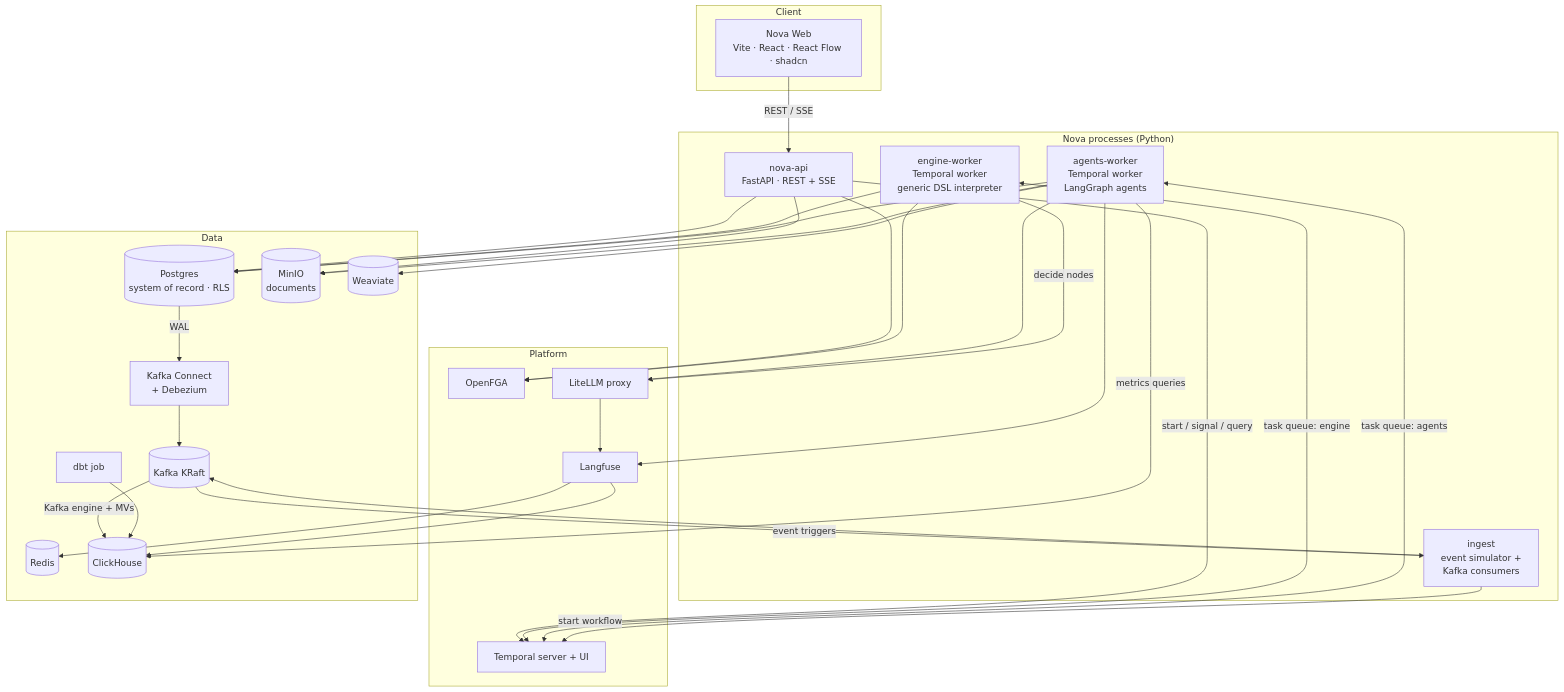
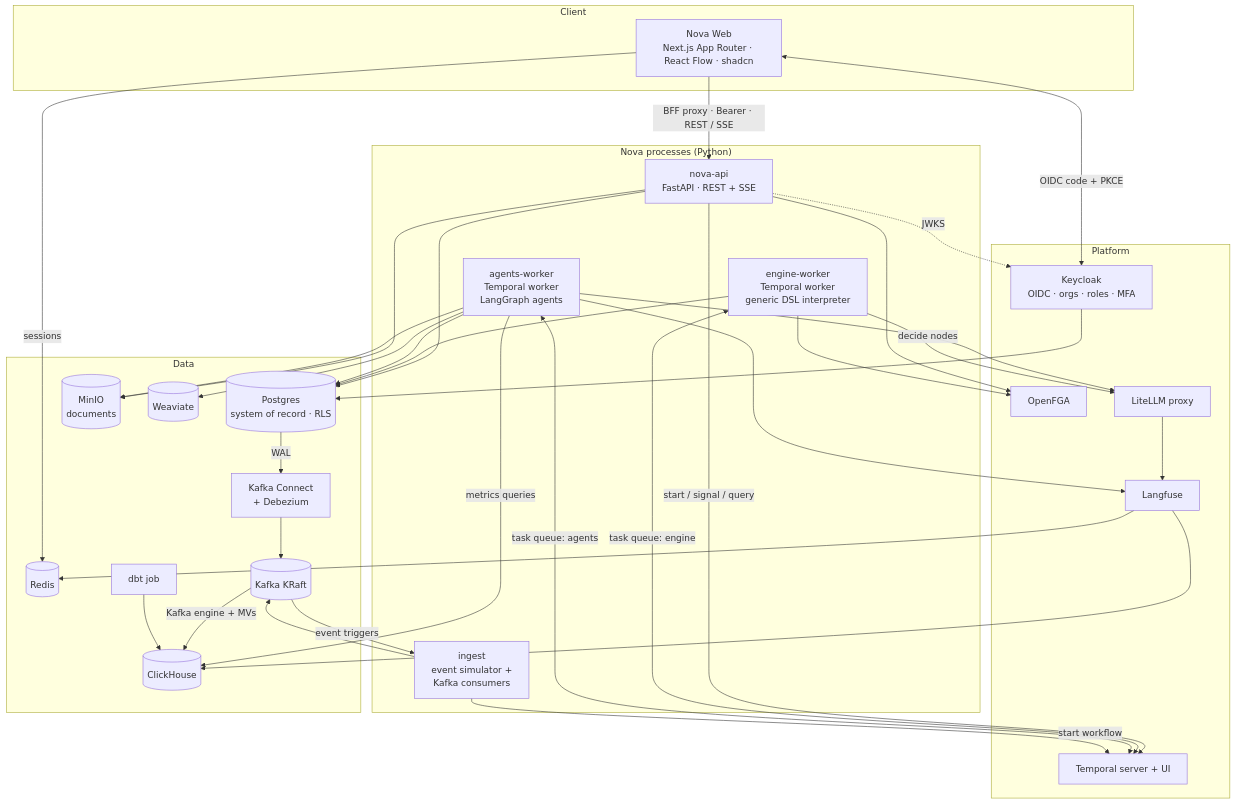
One commit to Prateek1771/nova-gocomet changed the second of 5 diagrams in docs/02-hld.md. Above: the diagram before and after it, drawn with Mermaid. The commit also changed other lines of this file and 93 other files, not shown here.

````diff
--- a/docs/02-hld.md
+++ b/docs/02-hld.md
@@ -23,56 +25,61 @@
 ```mermaid
 flowchart TB
   subgraph Client
-    WEB[Nova Web<br/>Vite · React · React Flow · shadcn]
+    WEB[Nova Web<br/>Next.js App Router · React Flow · shadcn]
   end
 
   subgraph App["Nova processes (Python)"]
     API[nova-api<br/>FastAPI · REST + SSE]
     ENG[engine-worker<br/>Temporal worker<br/>generic DSL interpreter]
     AGT[agents-worker<br/>Temporal worker<br/>LangGraph agents]
     ING[ingest<br/>event simulator +<br/>Kafka consumers]
   end
 
   subgraph Platform
     TMP[Temporal server + UI]
+    KC[Keycloak<br/>OIDC · orgs · roles · MFA]
     FGA[OpenFGA]
     LLM[LiteLLM proxy]
     LF[Langfuse]
   end
 
   subgraph Data
     PG[(Postgres<br/>system of record · RLS)]
     MINIO[(MinIO<br/>documents)]
     RED[(Redis)]
     KAF[(Kafka KRaft)]
     DBZ[Kafka Connect<br/>+ Debezium]
     CH[(ClickHouse)]
     WV[(Weaviate)]
     DBT[dbt job]
   end
 
-  WEB -->|REST / SSE| API
+  WEB -->|BFF proxy · Bearer · REST / SSE| API
+  WEB <-->|OIDC code + PKCE| KC
+  API -.->|JWKS| KC
+  WEB -->|sessions| RED
+  KC --> PG
   API -->|start / signal / query| TMP
   ENG <-->|task queue: engine| TMP
   AGT <-->|task queue: agents| TMP
   API --> FGA
   ENG --> FGA
   API --> PG
   ENG --> PG
   AGT --> PG
   API --> MINIO
   AGT --> MINIO
   AGT --> LLM
   ENG -->|decide nodes| LLM
   LLM --> LF
   AGT --> LF
   AGT --> WV
   AGT -->|metrics queries| CH
   PG -->|WAL| DBZ --> KAF
   ING --> KAF
   KAF -->|Kafka engine + MVs| CH
   KAF -->|event triggers| ING -->|start workflow| TMP
   DBT --> CH
   LF --> CH
   LF --> RED
 ```
````
